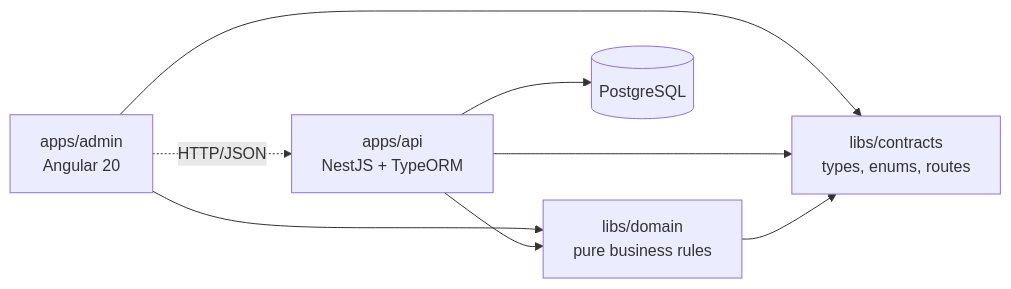
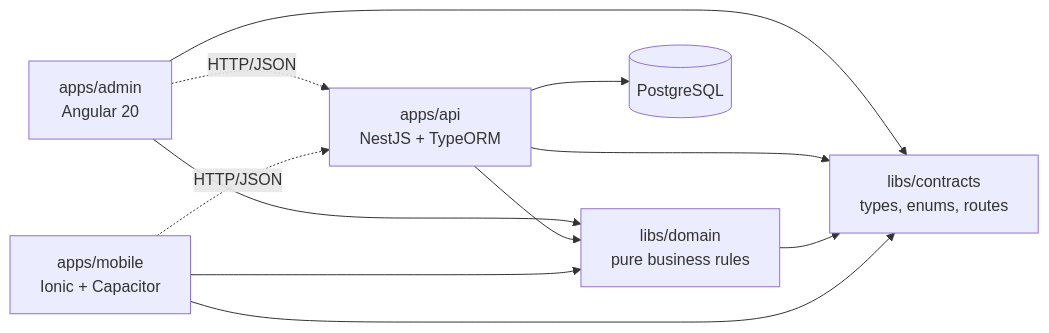
One commit to joseaplwork/junta changed the first of 2 diagrams in docs/architecture.md. Above: the diagram before and after it, drawn with Mermaid. The commit also changed other lines of this file and 51 other files, not shown here.

````diff
--- a/docs/architecture.md
+++ b/docs/architecture.md
@@ -5,10 +5,13 @@
 ```mermaid
 graph LR
   admin["apps/admin<br/>Angular 20"] --> contracts["libs/contracts<br/>types, enums, routes"]
   admin --> domain["libs/domain<br/>pure business rules"]
   api["apps/api<br/>NestJS + TypeORM"] --> contracts
   api --> domain
   domain --> contracts
+  mobile["apps/mobile<br/>Ionic + Capacitor"] --> contracts
+  mobile --> domain
   admin -. HTTP/JSON .-> api
+  mobile -. HTTP/JSON .-> api
   api --> db[(PostgreSQL)]
 ```
````
